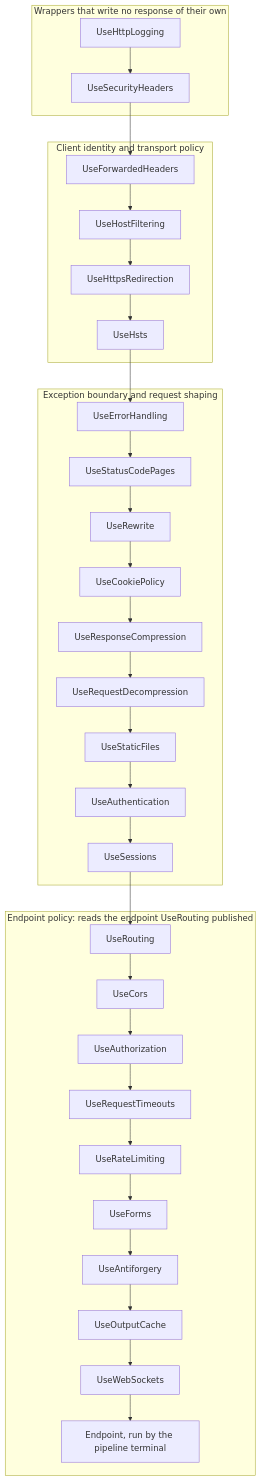
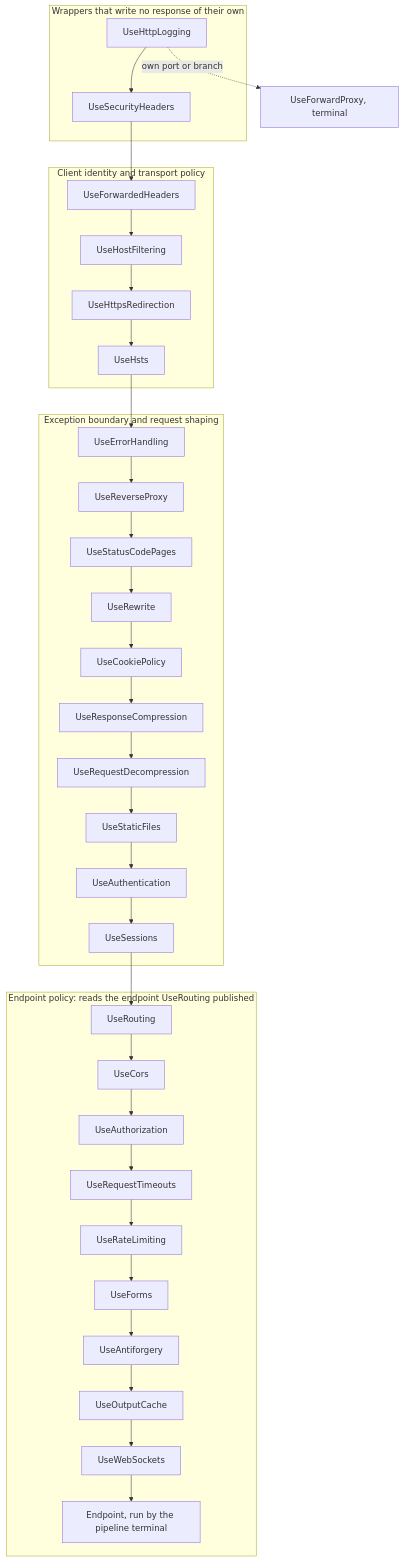
Before and after one commit to assimalign/cohesion: the diagram in docs/resources/Web/MIDDLEWARE_ORDER.md, drawn with Mermaid. The commit also changed other lines of this file and 65 other files, not shown here.

First line of the commit message:
feat(web): add Web.Proxy, the reverse and forward proxy library

````diff
--- a/docs/resources/Web/MIDDLEWARE_ORDER.md
+++ b/docs/resources/Web/MIDDLEWARE_ORDER.md
@@ -16,18 +18,19 @@
 ```mermaid
 flowchart TD
     subgraph Outer["Wrappers that write no response of their own"]
         Logging["UseHttpLogging"] --> Headers["UseSecurityHeaders"]
     end
+    Logging -.->|"own port or branch"| ForwardProxy["UseForwardProxy, terminal"]
     subgraph Identity["Client identity and transport policy"]
         Forwarded["UseForwardedHeaders"] --> Hosts["UseHostFiltering"] --> Https["UseHttpsRedirection"] --> Hsts["UseHsts"]
     end
     subgraph Shaping["Exception boundary and request shaping"]
-        Errors["UseErrorHandling"] --> Pages["UseStatusCodePages"] --> Rewrite["UseRewrite"] --> Cookies["UseCookiePolicy"] --> Compress["UseResponseCompression"] --> Decompress["UseRequestDecompression"] --> Static["UseStaticFiles"] --> Authn["UseAuthentication"] --> Sessions["UseSessions"]
+        Errors["UseErrorHandling"] --> ReverseProxy["UseReverseProxy"] --> Pages["UseStatusCodePages"] --> Rewrite["UseRewrite"] --> Cookies["UseCookiePolicy"] --> Compress["UseResponseCompression"] --> Decompress["UseRequestDecompression"] --> Static["UseStaticFiles"] --> Authn["UseAuthentication"] --> Sessions["UseSessions"]
     end
     subgraph Policy["Endpoint policy: reads the endpoint UseRouting published"]
         Routing["UseRouting"] --> Cors["UseCors"] --> Authz["UseAuthorization"] --> Timeouts["UseRequestTimeouts"] --> Limits["UseRateLimiting"] --> Forms["UseForms"] --> Csrf["UseAntiforgery"] --> Cache["UseOutputCache"] --> Sockets["UseWebSockets"] --> Endpoint["Endpoint, run by the pipeline terminal"]
     end
     Headers --> Forwarded
     Hsts --> Errors
     Sessions --> Routing
 ```
````
